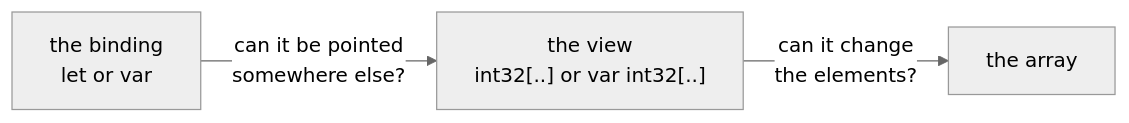
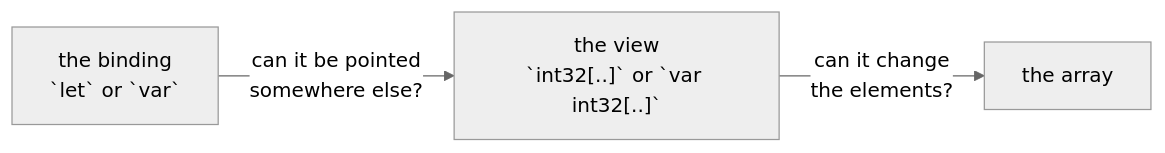
The diagram in content/docs/1.learn/05.sequences/05.writable-slice.md (rux-lang/Web), drawn with Mermaid (neutral theme) before and after one commit. The commit also changed 49 other files, not shown here.

````diff
--- a/content/docs/1.learn/05.sequences/05.writable-slice.md
+++ b/content/docs/1.learn/05.sequences/05.writable-slice.md
@@ -74,5 +74,5 @@
 ```mermaid
 flowchart LR
-    b["the binding<br/>let or var"] -- "can it be pointed<br/>somewhere else?" --> v["the view<br/>int32[..] or var int32[..]"]
+    b["the binding<br/>`let` or `var`"] -- "can it be pointed<br/>somewhere else?" --> v["the view<br/>`int32[..]` or `var int32[..]`"]
     v -- "can it change<br/>the elements?" --> a["the array"]
 ```
````
